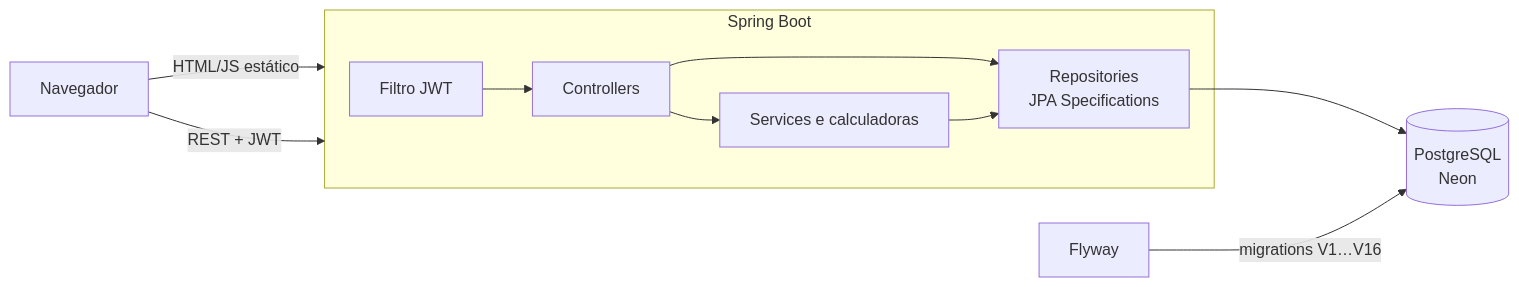
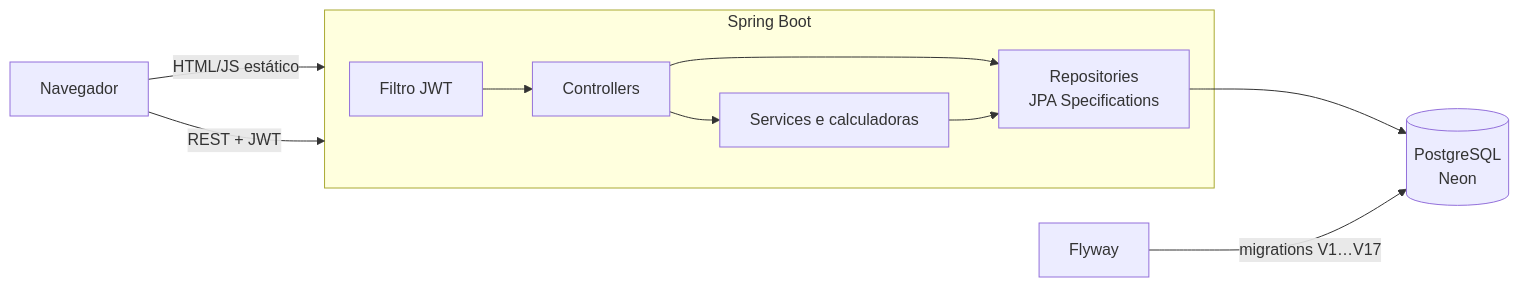
Before and after one commit to gustavoromanno/concursos-platform: the first of 3 diagrams in README.md, drawn with Mermaid. The commit also changed other lines of this file and 14 other files, not shown here.

````diff
--- a/README.md
+++ b/README.md
@@ -77,13 +79,13 @@
 ```mermaid
 flowchart LR
     U[Navegador] -->|HTML/JS estático| S
     U -->|REST + JWT| S
     subgraph S[Spring Boot]
         F[Filtro JWT] --> C[Controllers]
         C --> SV[Services e calculadoras]
         C --> R[Repositories<br/>JPA Specifications]
         SV --> R
     end
     R --> DB[(PostgreSQL<br/>Neon)]
-    FW[Flyway] -->|migrations V1…V16| DB
+    FW[Flyway] -->|migrations V1…V17| DB
 ```
````
